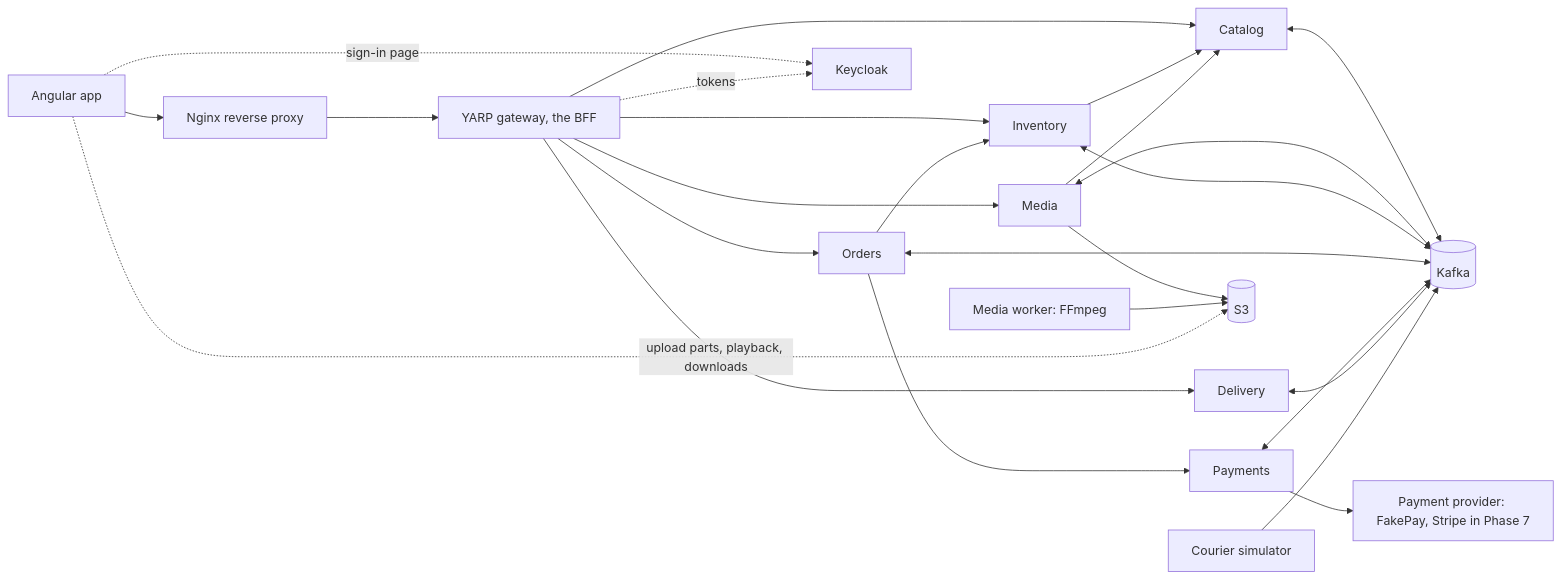
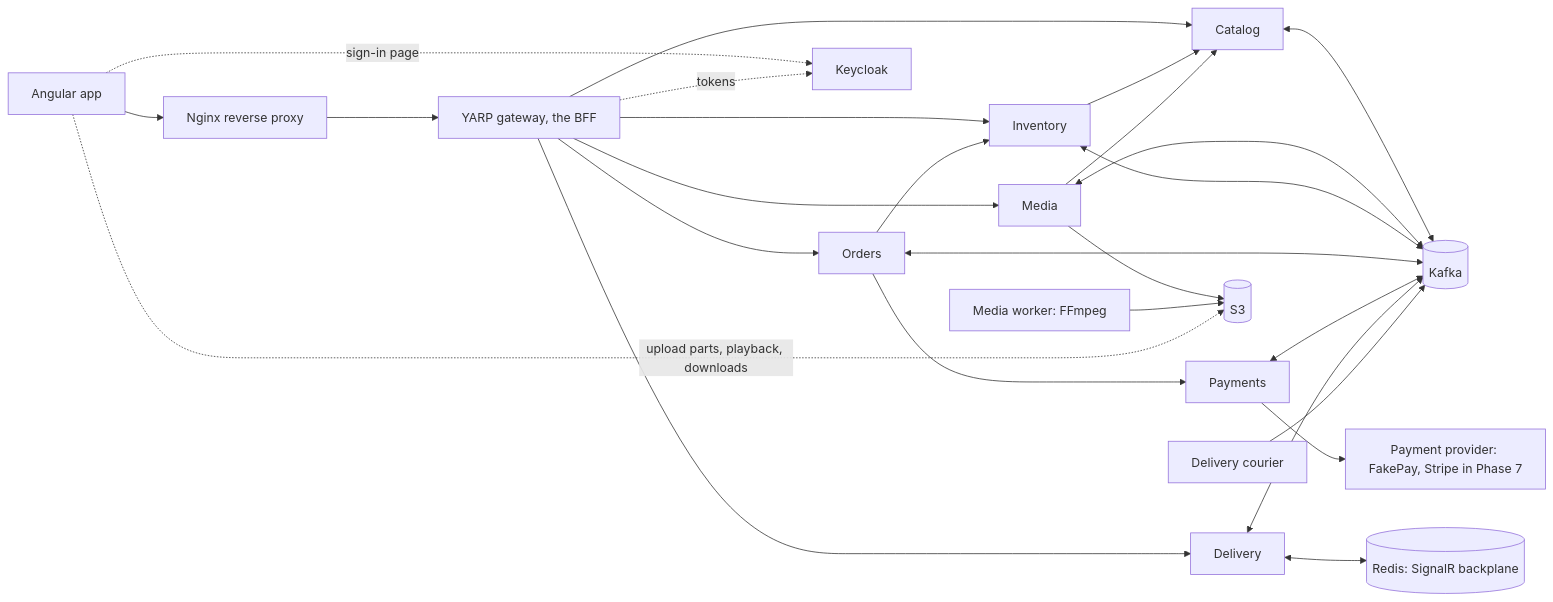
One commit to infinitywalletwar/newstore changed the diagram in README.md. Above: the diagram before and after it, drawn with Mermaid. The commit also changed other lines of this file and 1 other file, not shown here.

````diff
--- a/README.md
+++ b/README.md
@@ -134,16 +134,17 @@
 ```mermaid
 flowchart LR
     Browser[Angular app] --> Nginx[Nginx reverse proxy]
     Nginx --> Gateway[YARP gateway, the BFF]
     Gateway --> Catalog & Media & Inventory & Orders & Delivery
     Orders --> Inventory & Payments
     Inventory --> Catalog
     Media --> Catalog
     Payments --> Provider[Payment provider: FakePay, Stripe in Phase 7]
     Browser -. sign-in page .-> Keycloak
     Gateway -. tokens .-> Keycloak
     Catalog & Media & Inventory & Orders & Payments & Delivery <--> Kafka[(Kafka)]
-    Courier[Courier simulator] --> Kafka
+    Courier[Delivery courier] --> Kafka
+    Delivery <--> Redis[(Redis: SignalR backplane)]
     Media & Worker[Media worker: FFmpeg] --> S3[(S3)]
     Browser -. upload parts, playback, downloads .-> S3
 ```
````
